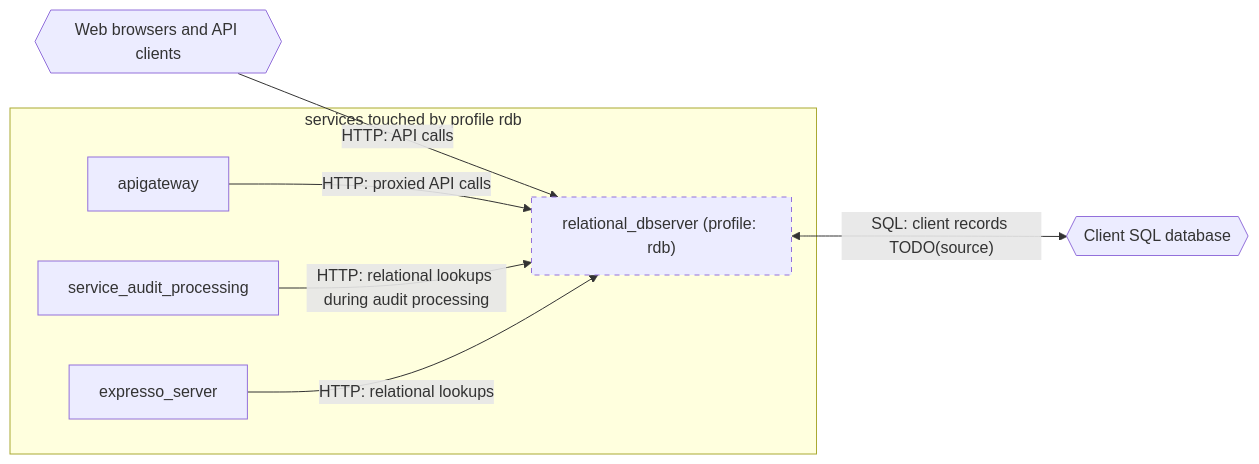
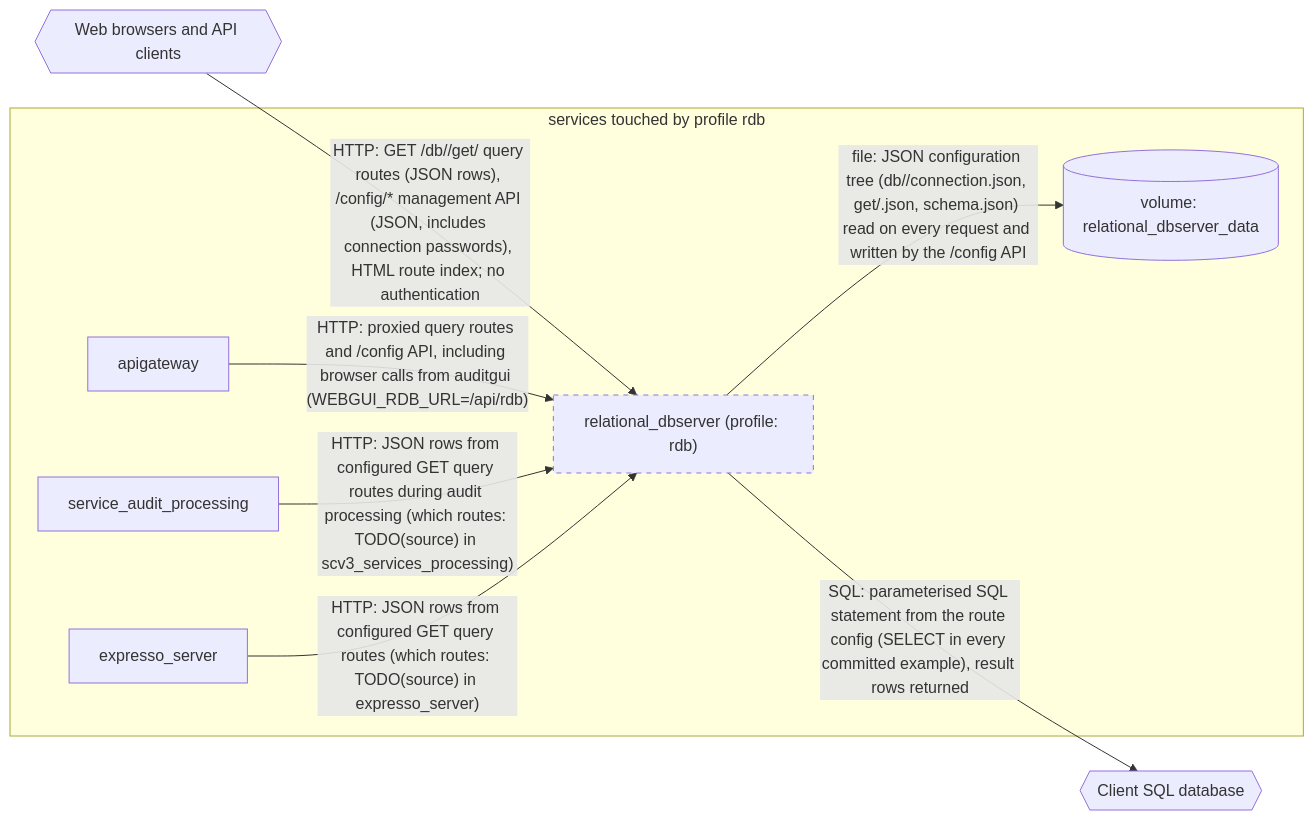
One commit to pacefactory/deployment-scripts changed the diagram in docs/architecture/profiles/rdb.mmd. Above: the diagram before and after it, drawn with Mermaid. The commit also changed 83 other files, not shown here.

First line of the commit message:
docs: source the relational_dbserver flows and client SQL integration

```diff
--- a/docs/architecture/profiles/rdb.mmd
+++ b/docs/architecture/profiles/rdb.mmd
@@ -1,21 +1,23 @@
 %% derived_from: compose/docker-compose.rdb.yml
 %% derived_from: scripts/docs/flows.tsv
 %% derived_from: scripts/docs/services.tsv
 %% derived_from: scripts/docs/externals.tsv
-%% last_verified: 2026-09-10 (08482b3)
+%% last_verified: 2026-09-10 (ba84b53)
 flowchart LR
   classDef optional stroke-dasharray: 5 5
   subgraph deployment["services touched by profile rdb"]
     relational_dbserver["relational_dbserver (profile: rdb)"]
+    vol_relational_dbserver_data[("volume: relational_dbserver_data")]
     apigateway["apigateway"]
     service_audit_processing["service_audit_processing"]
     expresso_server["expresso_server"]
   end
   ext_client_sql{{"Client SQL database"}}
   ext_web_clients{{"Web browsers and API clients"}}
-  relational_dbserver <-->|"SQL: client records TODO(source)"| ext_client_sql
-  ext_web_clients -->|"HTTP: API calls"| relational_dbserver
-  apigateway -->|"HTTP: proxied API calls"| relational_dbserver
-  service_audit_processing -->|"HTTP: relational lookups during audit processing"| relational_dbserver
-  expresso_server -->|"HTTP: relational lookups"| relational_dbserver
+  relational_dbserver -->|"SQL: parameterised SQL statement from the route config (SELECT in every committed example), result rows returned"| ext_client_sql
+  relational_dbserver -->|"file: JSON configuration tree (db/<database>/connection.json, get/<route>.json, schema.json) read on every request and written by the /config API"| vol_relational_dbserver_data
+  ext_web_clients -->|"HTTP: GET /db/<database>/get/<route> query routes (JSON rows), /config/* management API (JSON, includes connection passwords), HTML route index; no authentication"| relational_dbserver
+  apigateway -->|"HTTP: proxied query routes and /config API, including browser calls from auditgui (WEBGUI_RDB_URL=/api/rdb)"| relational_dbserver
+  service_audit_processing -->|"HTTP: JSON rows from configured GET query routes during audit processing (which routes: TODO(source) in scv3_services_processing)"| relational_dbserver
+  expresso_server -->|"HTTP: JSON rows from configured GET query routes (which routes: TODO(source) in expresso_server)"| relational_dbserver
   class relational_dbserver optional
```
